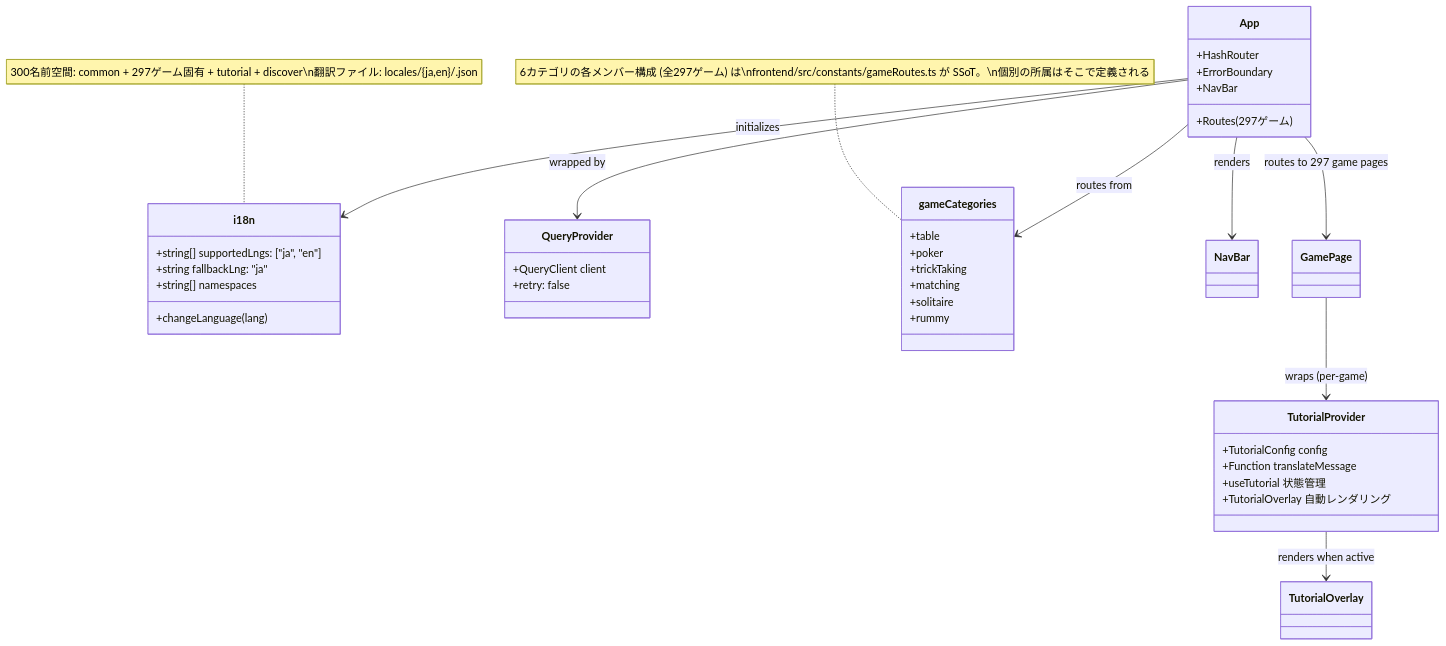
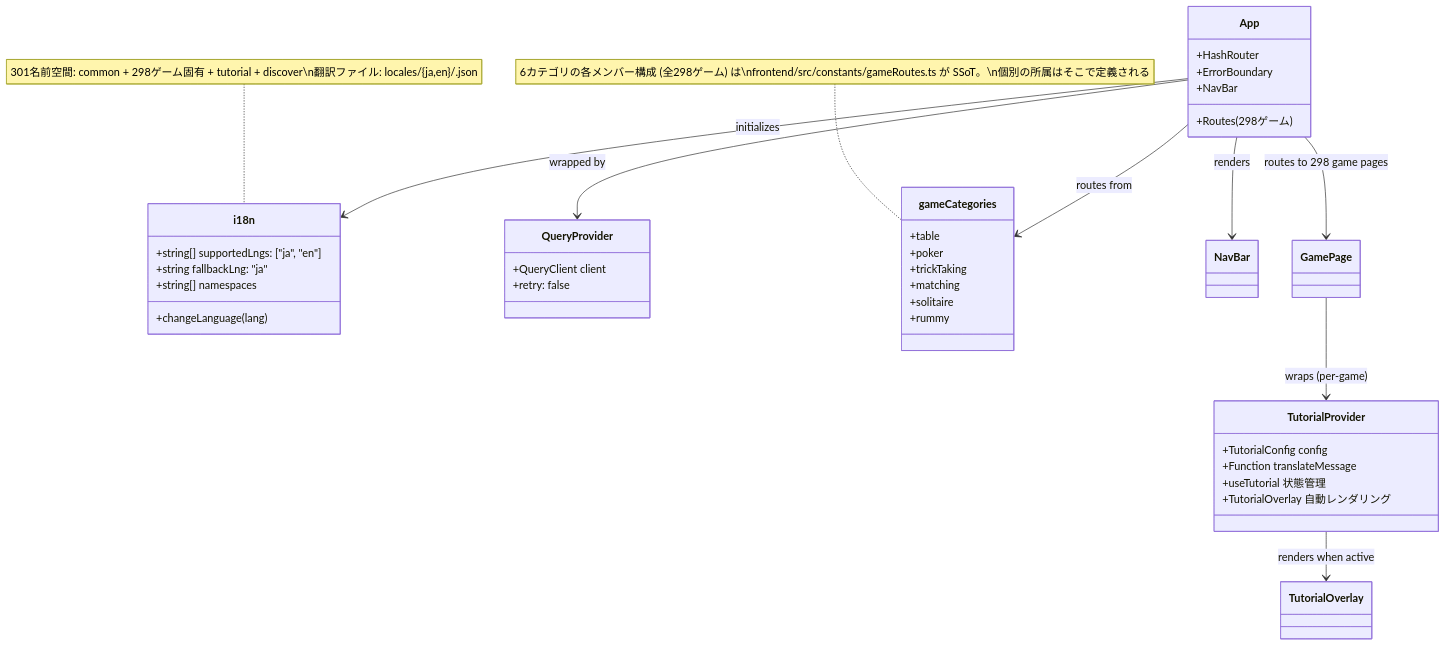
One commit to yuta-yoshinaga/go_trumpcards changed the ninth of 49 diagrams in docs/design/frontend.md. Above: the diagram before and after it, drawn with Mermaid. The commit also changed other lines of this file and 62 other files, not shown here.

````diff
--- a/docs/design/frontend.md
+++ b/docs/design/frontend.md
@@ -1869,48 +1869,48 @@
 ```mermaid
 classDiagram
     class i18n {
         +string[] supportedLngs: ["ja", "en"]
         +string fallbackLng: "ja"
         +string[] namespaces
         +changeLanguage(lang)
     }
 
     class QueryProvider {
         +QueryClient client
         +retry: false
     }
 
     class App {
         +HashRouter
         +ErrorBoundary
         +NavBar
-        +Routes (297ゲーム)
+        +Routes (298ゲーム)
     }
 
     class gameCategories {
         +table
         +poker
         +trickTaking
         +matching
         +solitaire
         +rummy
     }
-    note for gameCategories "6カテゴリの各メンバー構成 (全297ゲーム) は\nfrontend/src/constants/gameRoutes.ts が SSoT。\n個別の所属はそこで定義される"
+    note for gameCategories "6カテゴリの各メンバー構成 (全298ゲーム) は\nfrontend/src/constants/gameRoutes.ts が SSoT。\n個別の所属はそこで定義される"
 
     class TutorialProvider {
         +TutorialConfig config
         +Function translateMessage
         +useTutorial 状態管理
         +TutorialOverlay 自動レンダリング
     }
 
     App --> QueryProvider : wrapped by
     App --> i18n : initializes
     App --> gameCategories : routes from
     App --> NavBar : renders
-    App --> GamePage : routes to 297 game pages
+    App --> GamePage : routes to 298 game pages
     GamePage --> TutorialProvider : wraps (per-game)
     TutorialProvider --> TutorialOverlay : renders when active
 
-    note for i18n "300名前空間: common + 297ゲーム固有 + tutorial + discover\n翻訳ファイル: locales/{ja,en}/<game>.json"
+    note for i18n "301名前空間: common + 298ゲーム固有 + tutorial + discover\n翻訳ファイル: locales/{ja,en}/<game>.json"
 ```
````
